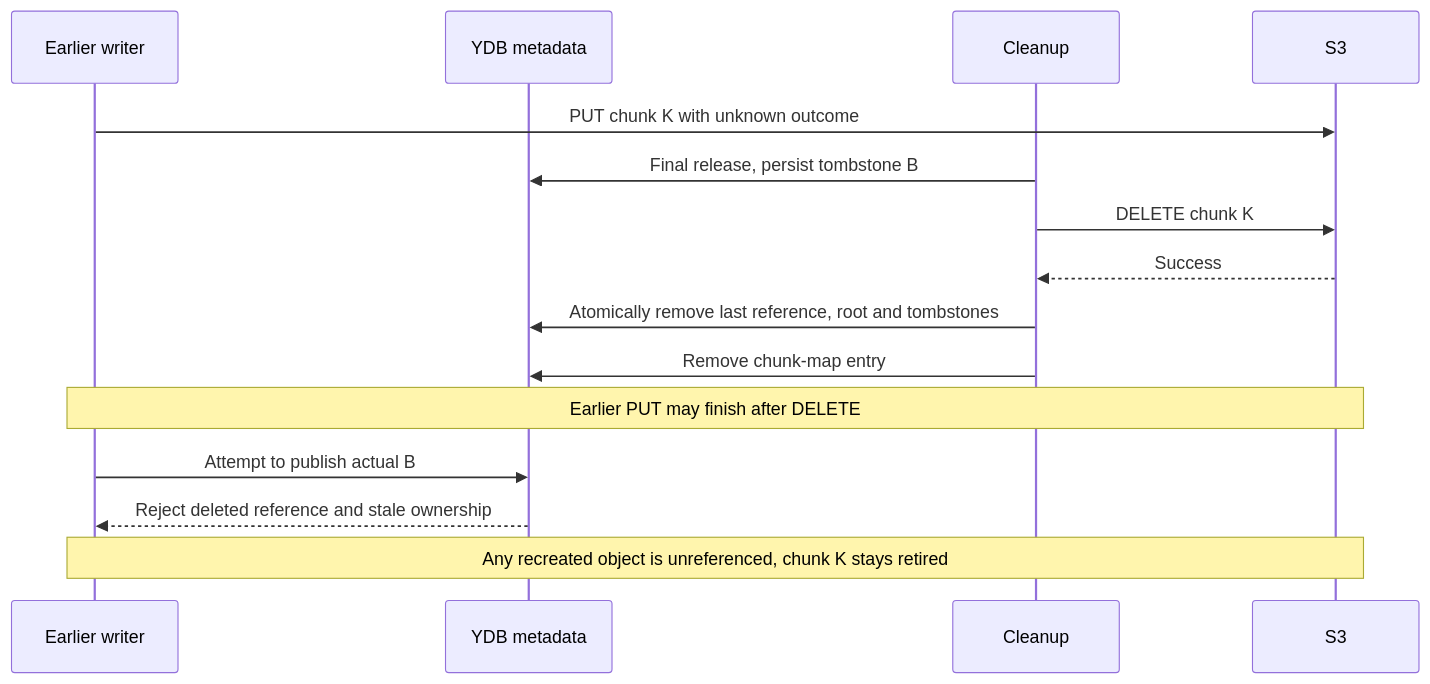
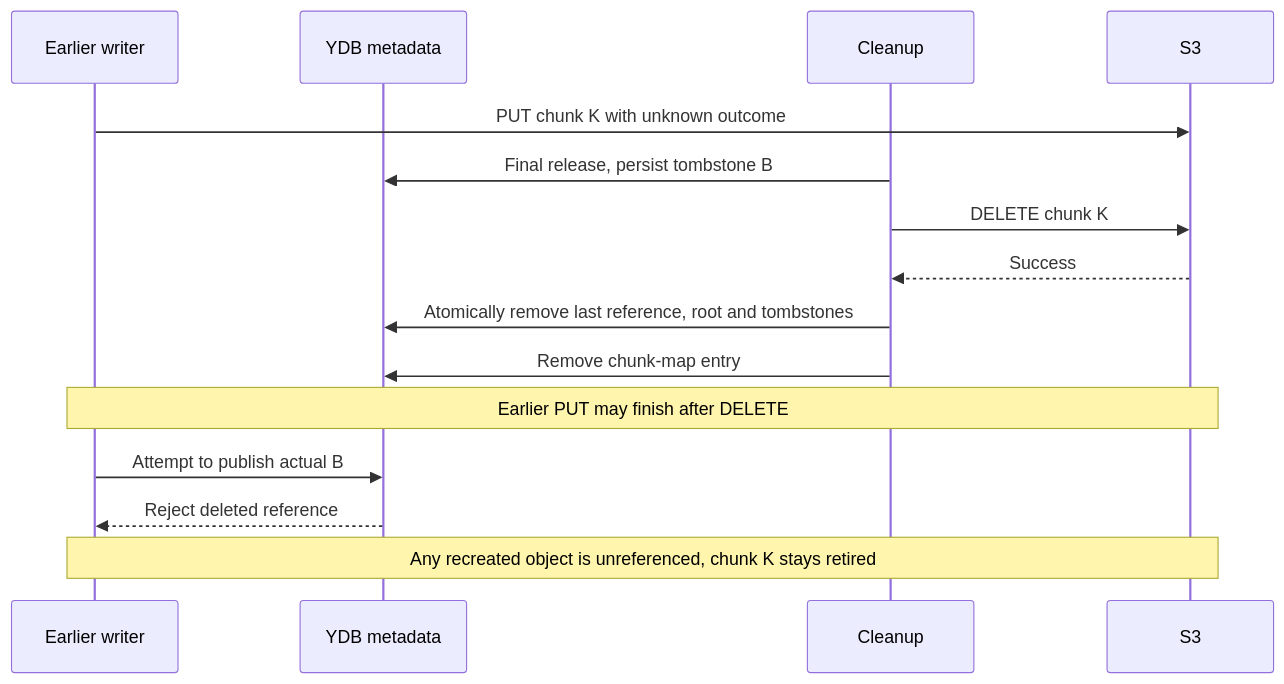
The seventh of 10 diagrams in doc/disk_manager/chunk_storage/design_doc.md (ydb-platform/nbs), drawn with Mermaid before and after one commit. The commit also changed other lines of this file, not shown here.

````diff
--- a/doc/disk_manager/chunk_storage/design_doc.md
+++ b/doc/disk_manager/chunk_storage/design_doc.md
@@ -289,17 +291,17 @@
 ```mermaid
 sequenceDiagram
     participant Writer as Earlier writer
     participant DB as YDB metadata
     participant Cleanup
     participant S3
     Writer->>S3: PUT chunk K with unknown outcome
     Cleanup->>DB: Final release, persist tombstone B
     Cleanup->>S3: DELETE chunk K
     S3-->>Cleanup: Success
     Cleanup->>DB: Atomically remove last reference, root and tombstones
     Cleanup->>DB: Remove chunk-map entry
     Note over Writer,S3: Earlier PUT may finish after DELETE
     Writer->>DB: Attempt to publish actual B
-    DB-->>Writer: Reject deleted reference and stale ownership
+    DB-->>Writer: Reject deleted reference
     Note over Writer,S3: Any recreated object is unreferenced, chunk K stays retired
 ```
````
